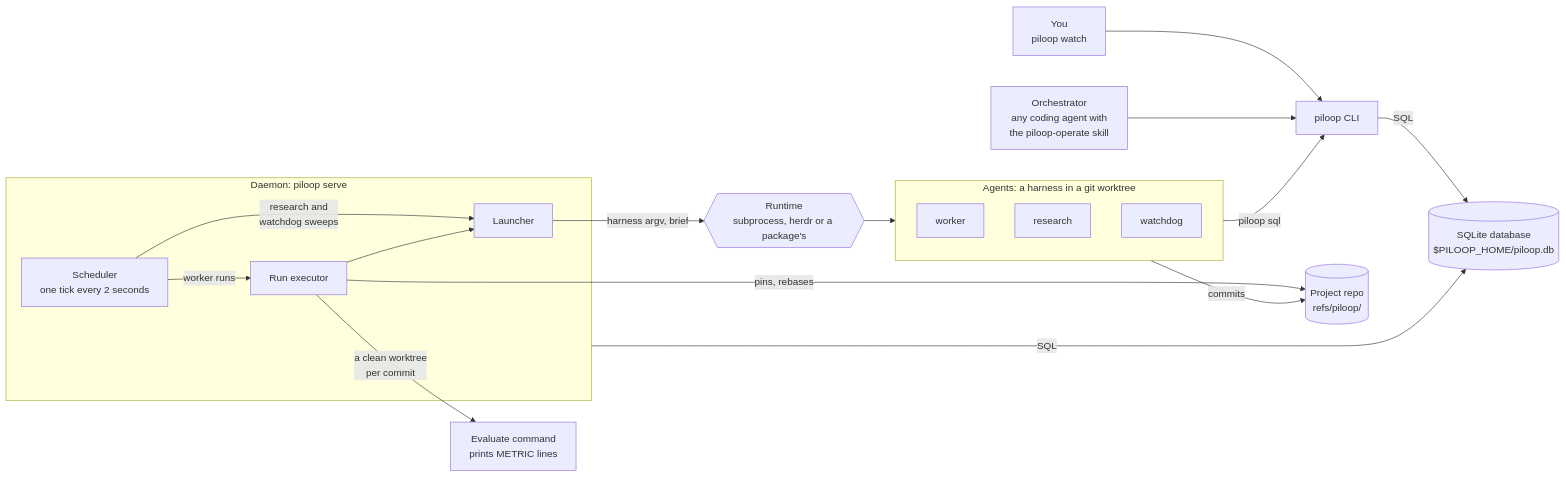
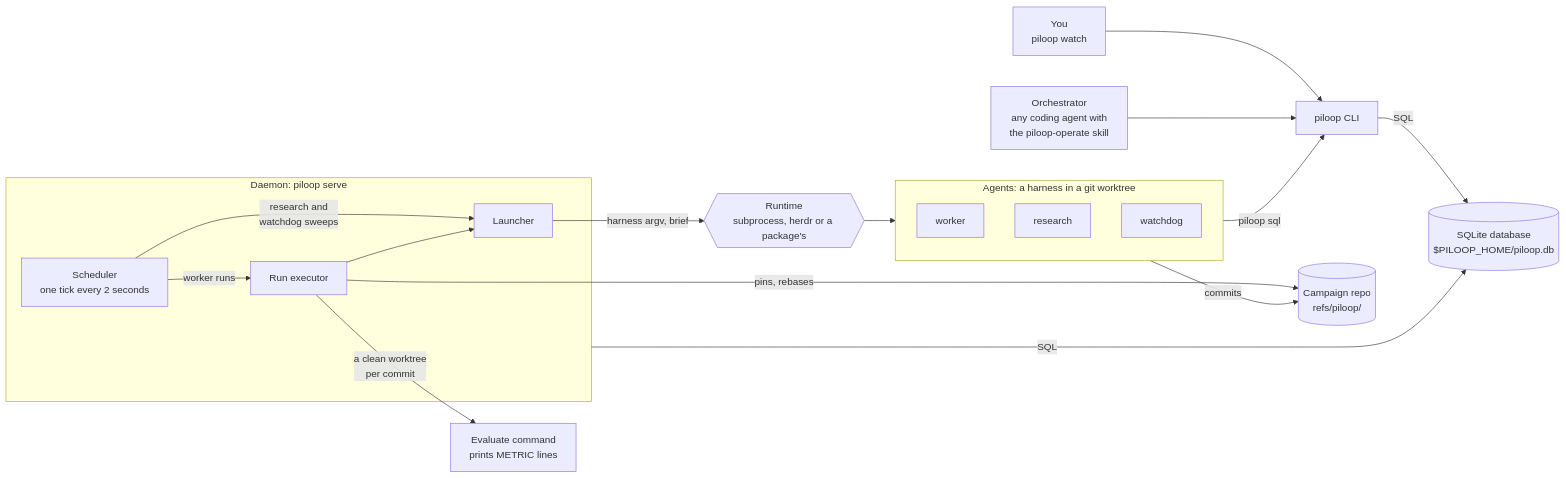
Before and after one commit to VatsaDev/piloop: the second of 2 diagrams in docs/architecture/overview.mdx, drawn with Mermaid. The commit also changed other lines of this file and 214 other files, not shown here.

````diff
--- a/docs/architecture/overview.mdx
+++ b/docs/architecture/overview.mdx
@@ -64,34 +64,34 @@
 ```mermaid
 flowchart LR
     human["You<br/>piloop watch"]
     orch["Orchestrator<br/>any coding agent with<br/>the piloop-operate skill"]
     cli["piloop CLI"]
     db[("SQLite database<br/>$PILOOP_HOME/piloop.db")]
     subgraph daemon["Daemon: piloop serve"]
         scheduler["Scheduler<br/>one tick every 2 seconds"]
         executor["Run executor"]
         launcher["Launcher"]
     end
     runtime{{"Runtime<br/>subprocess, herdr or a package's"}}
     subgraph agents["Agents: a harness in a git worktree"]
         worker["worker"]
         research["research"]
         watchdog["watchdog"]
     end
     evaluate["Evaluate command<br/>prints METRIC lines"]
-    repo[("Project repo<br/>refs/piloop/")]
+    repo[("Campaign repo<br/>refs/piloop/")]
 
     human --> cli
     orch --> cli
     cli -->|SQL| db
     daemon -->|SQL| db
     scheduler -->|worker runs| executor
     scheduler -->|research and<br/>watchdog sweeps| launcher
     executor --> launcher
     launcher -->|harness argv, brief| runtime
     runtime --> agents
     agents -->|piloop sql| cli
     agents -->|commits| repo
     executor -->|a clean worktree<br/>per commit| evaluate
     executor -->|pins, rebases| repo
 ```
````
